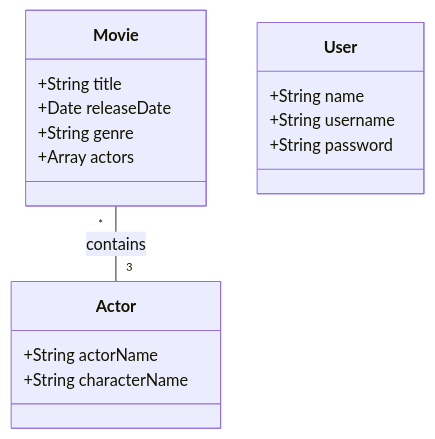
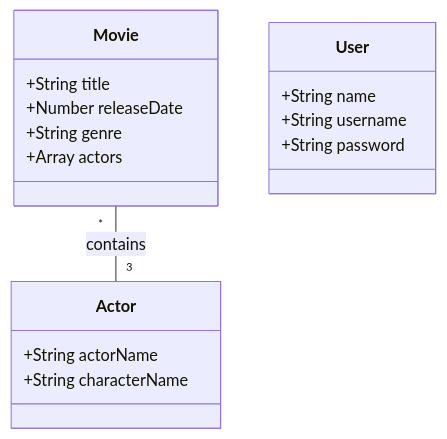
One commit to AliceNN-ucdenver/starter-hugo-academic changed the diagram in content/course/web-api/assignment3.md. Above: the diagram before and after it, drawn with Mermaid.

Commit message:
update releaseDate

````diff
--- a/content/course/web-api/assignment3.md
+++ b/content/course/web-api/assignment3.md
@@ -87,19 +87,19 @@
 ```mermaid
 classDiagram
   class Movie{
     +String title
-    +Date releaseDate
+    +Number releaseDate
     +String genre
     +Array actors
   }
   class Actor{
     +String actorName
     +String characterName
   }
   class User{
     +String name
     +String username
     +String password
   }
   Movie "*" -- "3" Actor : contains
 ```
````
